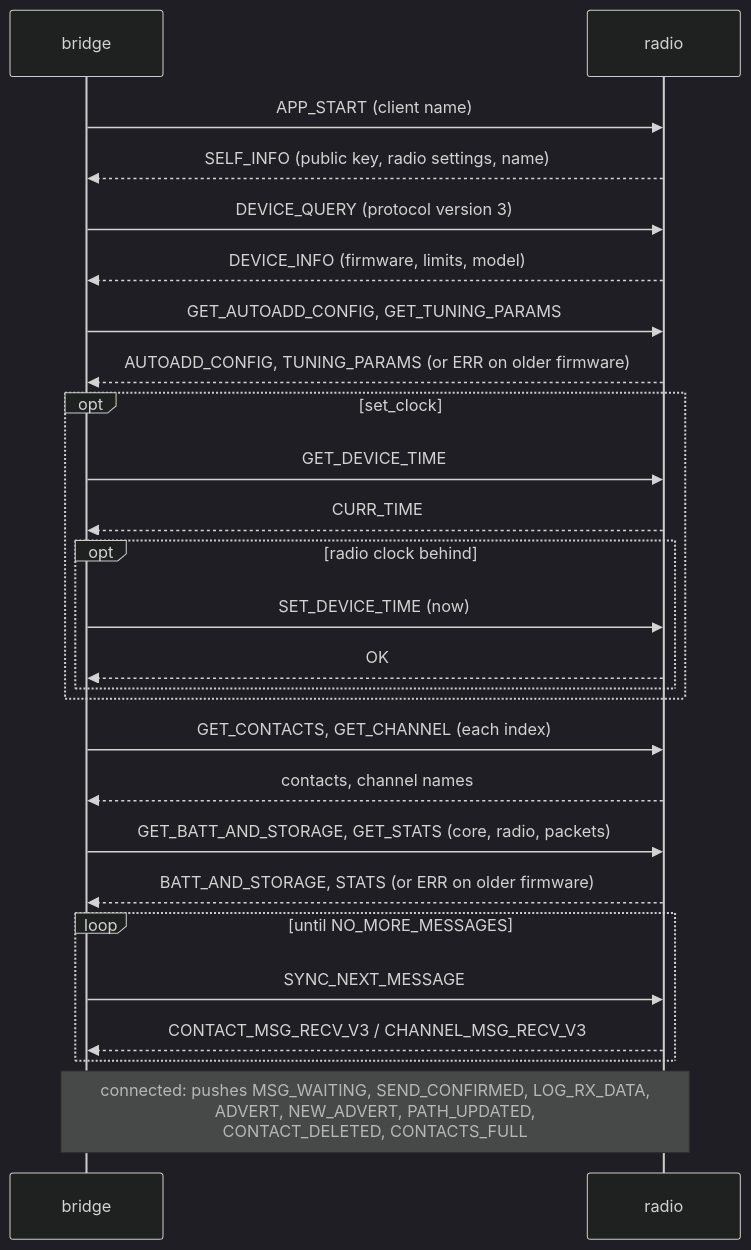
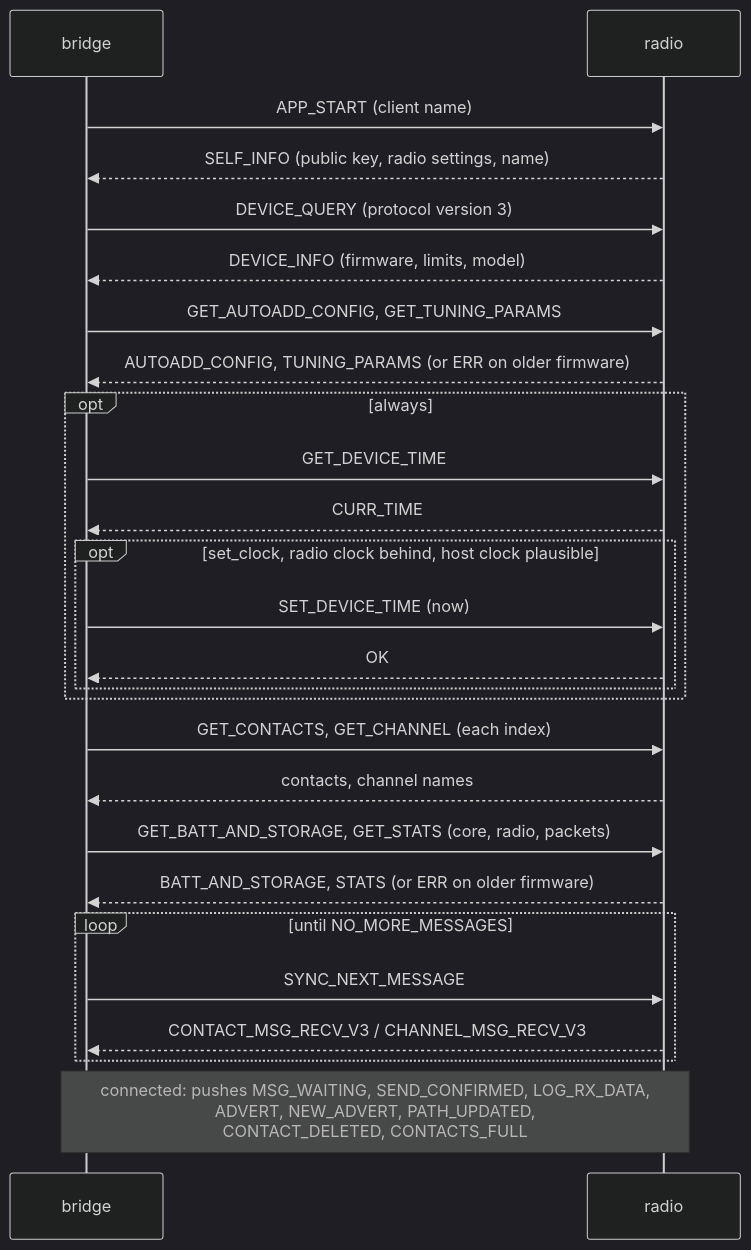
Before and after one commit to dkuenzel/meshcore-home-gateway: the third of 6 diagrams in docs/design.md, drawn with Mermaid (dark theme). The commit also changed other lines of this file and 21 other files, not shown here.

First line of the commit message:
fix: write the radio clock only from a plausible host clock (SEC-002) (#39)

````diff
--- a/docs/design.md
+++ b/docs/design.md
@@ -235,28 +235,28 @@
 ```mermaid
 sequenceDiagram
     participant B as bridge
     participant R as radio
     B->>R: APP_START (client name)
     R-->>B: SELF_INFO (public key, radio settings, name)
     B->>R: DEVICE_QUERY (protocol version 3)
     R-->>B: DEVICE_INFO (firmware, limits, model)
     B->>R: GET_AUTOADD_CONFIG, GET_TUNING_PARAMS
     R-->>B: AUTOADD_CONFIG, TUNING_PARAMS (or ERR on older firmware)
-    opt set_clock
+    opt always
         B->>R: GET_DEVICE_TIME
         R-->>B: CURR_TIME
-        opt radio clock behind
+        opt set_clock, radio clock behind, host clock plausible
             B->>R: SET_DEVICE_TIME (now)
             R-->>B: OK
         end
     end
     B->>R: GET_CONTACTS, GET_CHANNEL (each index)
     R-->>B: contacts, channel names
     B->>R: GET_BATT_AND_STORAGE, GET_STATS (core, radio, packets)
     R-->>B: BATT_AND_STORAGE, STATS (or ERR on older firmware)
     loop until NO_MORE_MESSAGES
         B->>R: SYNC_NEXT_MESSAGE
         R-->>B: CONTACT_MSG_RECV_V3 / CHANNEL_MSG_RECV_V3
     end
     Note over B,R: connected: pushes MSG_WAITING, SEND_CONFIRMED, LOG_RX_DATA,<br/>ADVERT, NEW_ADVERT, PATH_UPDATED,<br/>CONTACT_DELETED, CONTACTS_FULL
 ```
````
